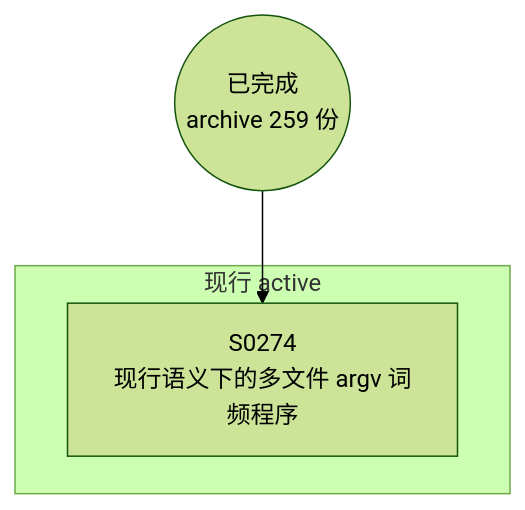
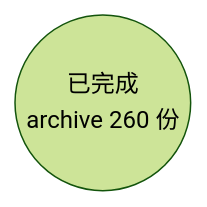
Before and after one commit to Halckon/Koven: the diagram in docs/specs/dependency-graph.md, drawn with Mermaid (forest theme). The commit also changed other lines of this file and 15 other files, not shown here.

````diff
--- a/docs/specs/dependency-graph.md
+++ b/docs/specs/dependency-graph.md
@@ -9,8 +9,4 @@
 ```mermaid
 flowchart TD
-ARCH(("已完成<br/>archive 259 份"))
-subgraph Gactive["现行 active"]
-  S0274["S0274<br/>现行语义下的多文件 argv 词频程序"]
-end
-ARCH --> S0274
+ARCH(("已完成<br/>archive 260 份"))
 ```
````
